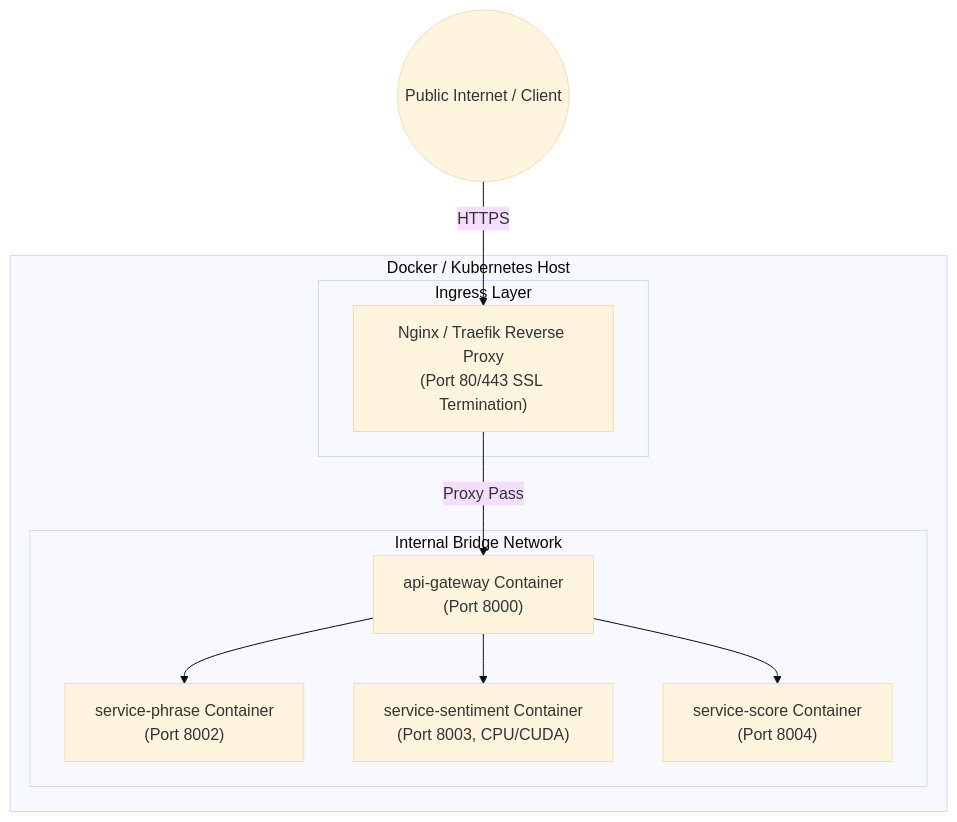
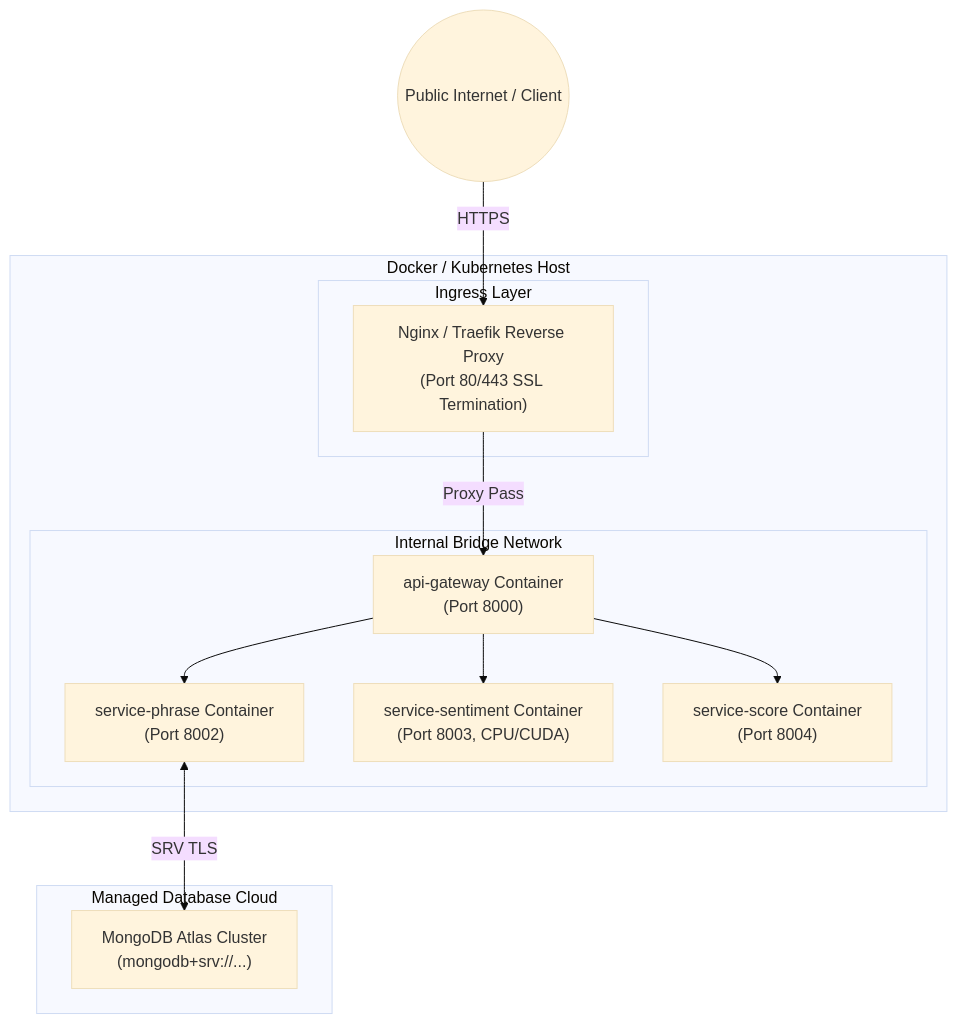
One commit to Thejandeera/live-call-sentiment changed the sixth of 6 diagrams in architecture.md. Above: the diagram before and after it, drawn with Mermaid (base theme). The commit also changed other lines of this file and 6 other files, not shown here.

Commit message:
feat: migrate keyword management from Google Sheets to MongoDB Atlas and implement service-phrase API endpoints

````diff
--- a/architecture.md
+++ b/architecture.md
@@ -250,21 +266,26 @@
 ```mermaid
 graph TD
     subgraph Host["Docker / Kubernetes Host"]
         subgraph ReverseProxy["Ingress Layer"]
             Nginx["Nginx / Traefik Reverse Proxy<br/>(Port 80/443 SSL Termination)"]
         end
 
         subgraph ServiceMesh["Internal Bridge Network"]
             GW_C["api-gateway Container<br/>(Port 8000)"]
             PH_C["service-phrase Container<br/>(Port 8002)"]
             ST_C["service-sentiment Container<br/>(Port 8003, CPU/CUDA)"]
             SC_C["service-score Container<br/>(Port 8004)"]
         end
     end
 
+    subgraph CloudDatabase["Managed Database Cloud"]
+        Atlas["MongoDB Atlas Cluster<br/>(mongodb+srv://...)"]
+    end
+
     Internet(("Public Internet / Client")) -->|HTTPS| Nginx
     Nginx -->|Proxy Pass| GW_C
     GW_C --> PH_C
     GW_C --> ST_C
     GW_C --> SC_C
+    PH_C <-->|SRV TLS| Atlas
 ```
````
